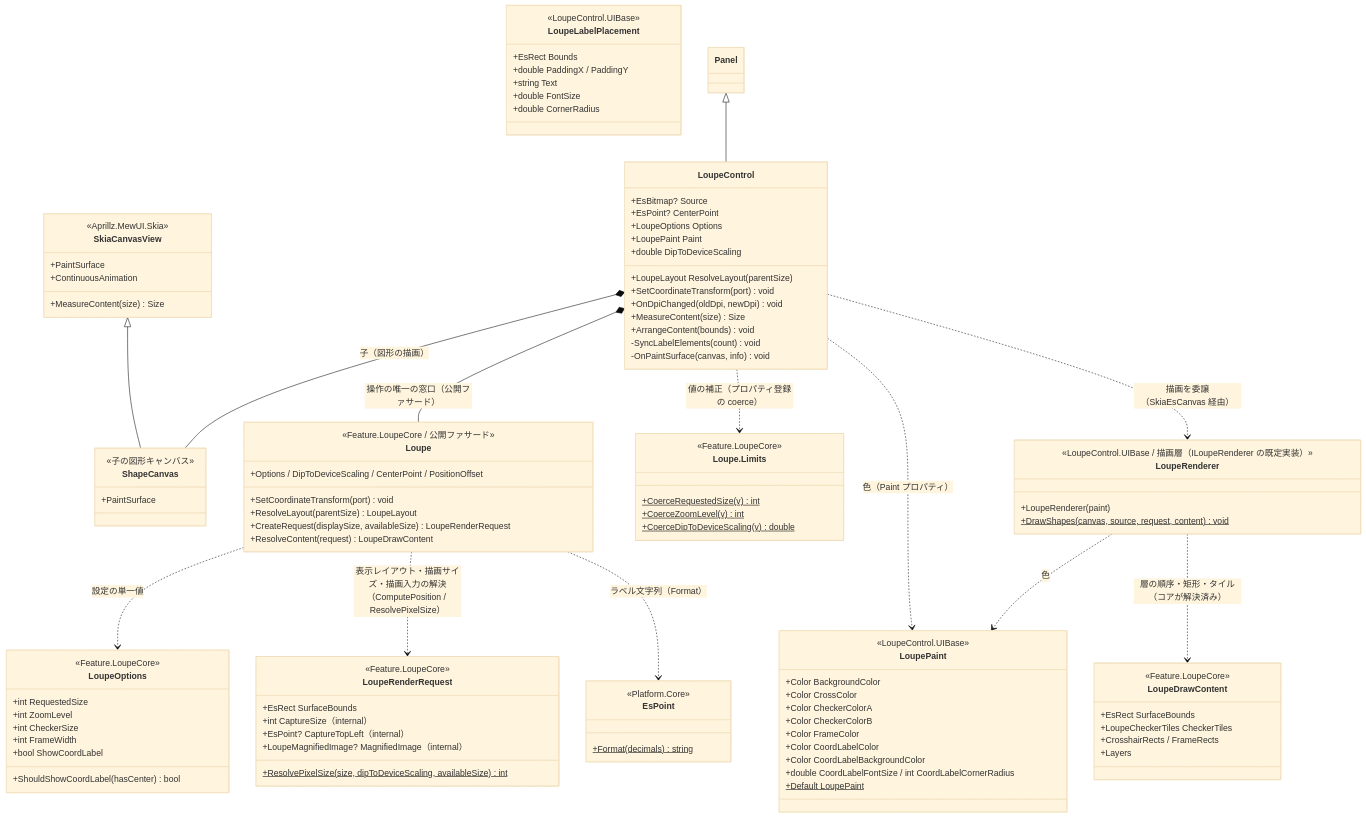
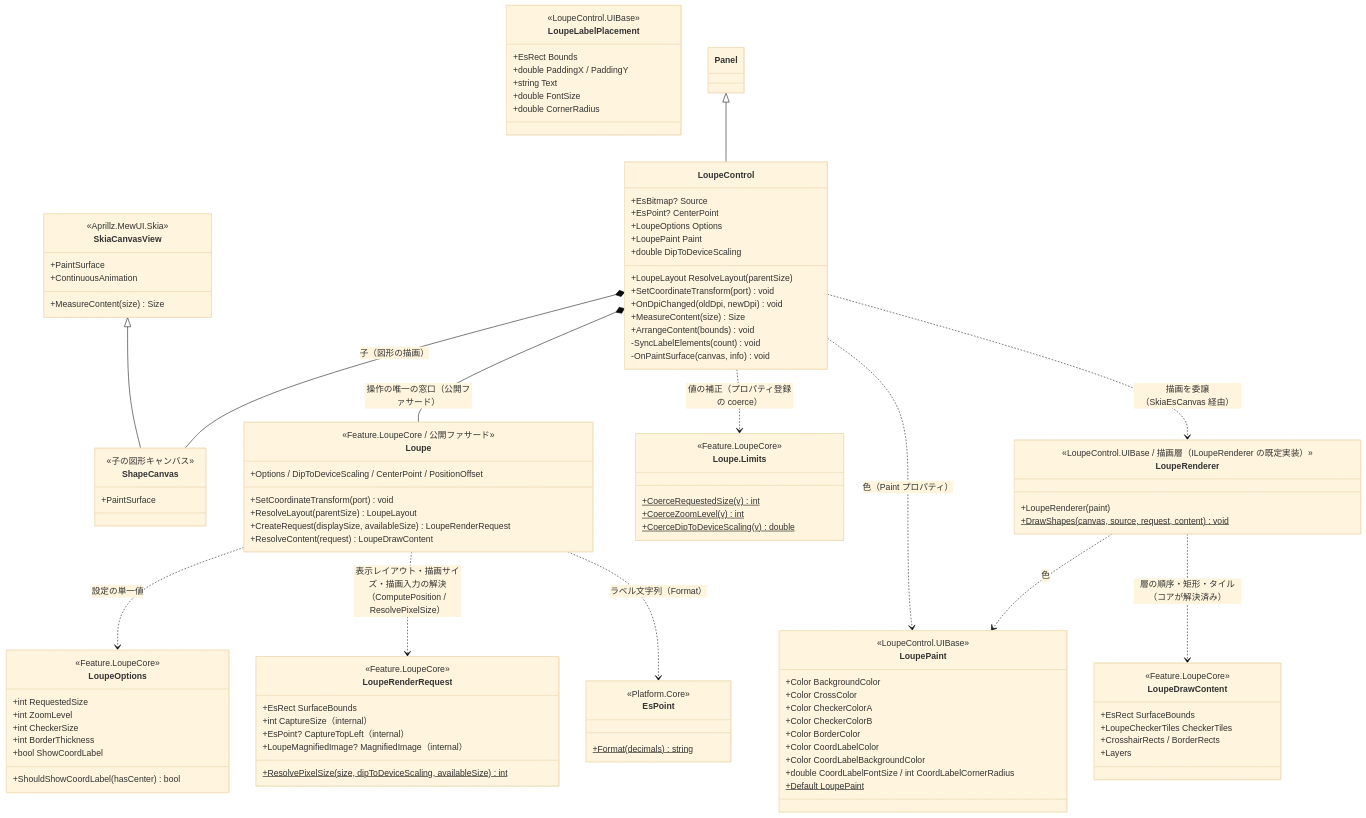
Before and after one commit to tomokuni/SaveEvidence: the first of 2 diagrams in src/LoupeControl.MewUI/SPEC_System.md, drawn with Mermaid (base theme). The commit also changed other lines of this file and 60 other files, not shown here.

```diff
--- a/src/LoupeControl.MewUI/SPEC_System.md
+++ b/src/LoupeControl.MewUI/SPEC_System.md
@@ -104,7 +104,7 @@
         +int RequestedSize
         +int ZoomLevel
         +int CheckerSize
-        +int FrameWidth
+        +int BorderThickness
         +bool ShowCoordLabel
         +ShouldShowCoordLabel(hasCenter) bool
     }
@@ -114,7 +114,7 @@
         +Color CrossColor
         +Color CheckerColorA
         +Color CheckerColorB
-        +Color FrameColor
+        +Color BorderColor
         +Color CoordLabelColor
         +Color CoordLabelBackgroundColor
         +double CoordLabelFontSize / int CoordLabelCornerRadius
@@ -135,7 +135,7 @@
         <<Feature.LoupeCore>>
         +EsRect SurfaceBounds
         +LoupeCheckerTiles CheckerTiles
-        +CrosshairRects / FrameRects
+        +CrosshairRects / BorderRects
         +Layers
     }
     class LoupeRenderRequest {
```
